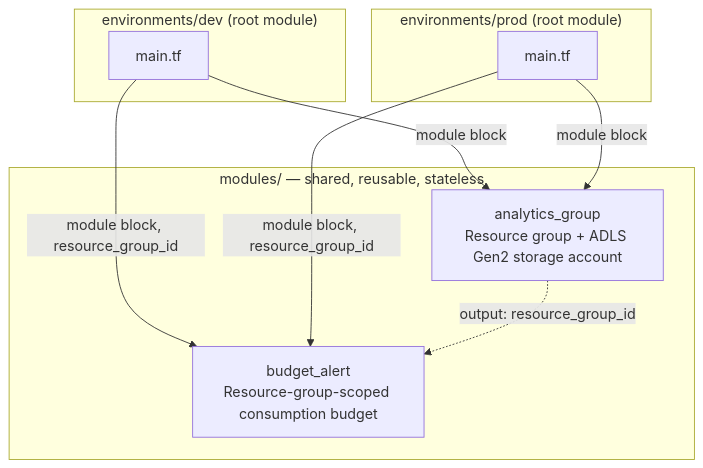
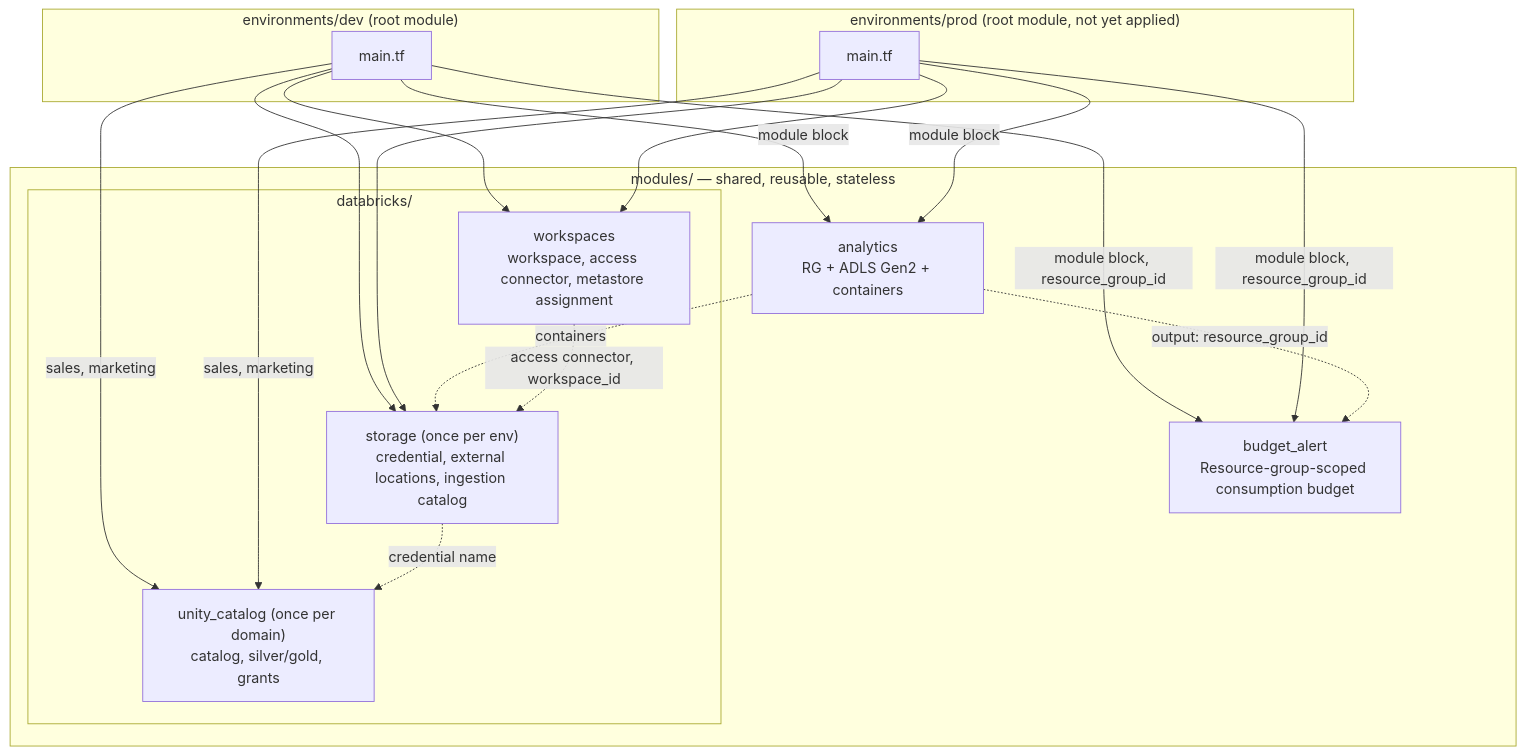
One commit to oseliocandido/terraform-azure changed the first of 4 diagrams in docs/ARCHITECTURE.md. Above: the diagram before and after it, drawn with Mermaid. The commit also changed other lines of this file and 5 other files, not shown here.

````diff
--- a/docs/ARCHITECTURE.md
+++ b/docs/ARCHITECTURE.md
@@ -14,18 +15,32 @@
 ```mermaid
 flowchart TB
     subgraph modules["modules/ — shared, reusable, stateless"]
-        AG["analytics_group\nResource group + ADLS Gen2 storage account"]
+        AG["analytics\nRG + ADLS Gen2 + containers"]
         BA["budget_alert\nResource-group-scoped consumption budget"]
+        subgraph dbx["databricks/"]
+            WS["workspaces\nworkspace, access connector, metastore assignment"]
+            ST["storage (once per env)\ncredential, external locations, ingestion catalog"]
+            UC["unity_catalog (once per domain)\ncatalog, silver/gold, grants"]
+        end
     end
 
     subgraph dev["environments/dev (root module)"]
         DM["main.tf"] -->|module block| AG
         DM -->|module block, resource_group_id| BA
+        DM --> WS
+        DM --> ST
+        DM -->|sales, marketing| UC
     end
-    subgraph prod["environments/prod (root module)"]
+    subgraph prod["environments/prod (root module, not yet applied)"]
         PM["main.tf"] -->|module block| AG
         PM -->|module block, resource_group_id| BA
+        PM --> WS
+        PM --> ST
+        PM -->|sales, marketing| UC
     end
 
     AG -.output: resource_group_id.-> BA
+    AG -.containers.-> ST
+    WS -.access connector, workspace_id.-> ST
+    ST -.credential name.-> UC
 ```
````
